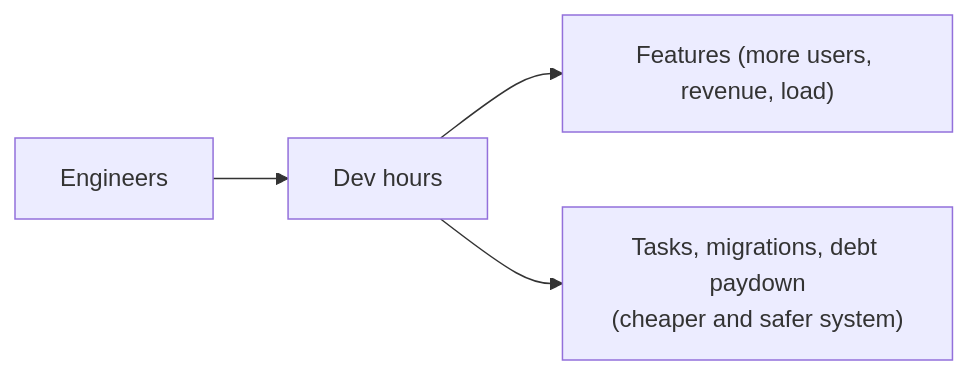
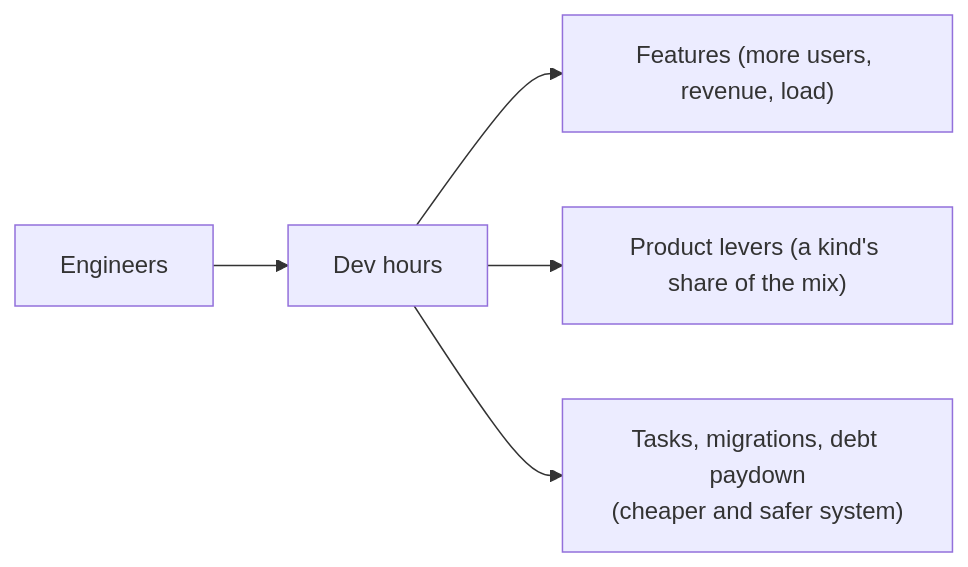
One commit to FrancoManfredi/quorum changed the fifth of 6 diagrams in apps/wiki/content/design/09-economy.md. Above: the diagram before and after it, drawn with Mermaid. The commit also changed other lines of this file and 2 other files, not shown here.

Commit message:
Tie product levers to the loops, the economy, and the pitch

````diff
--- a/apps/wiki/content/design/09-economy.md
+++ b/apps/wiki/content/design/09-economy.md
@@ -320,6 +322,7 @@
 ```mermaid
 flowchart LR
   engineers[Engineers] --> dev["Dev hours"]
   dev --> features["Features (more users, revenue, load)"]
+  dev --> levers["Product levers (a kind's share of the mix)"]
   dev --> tasks["Tasks, migrations, debt paydown<br/>(cheaper and safer system)"]
 ```
````
